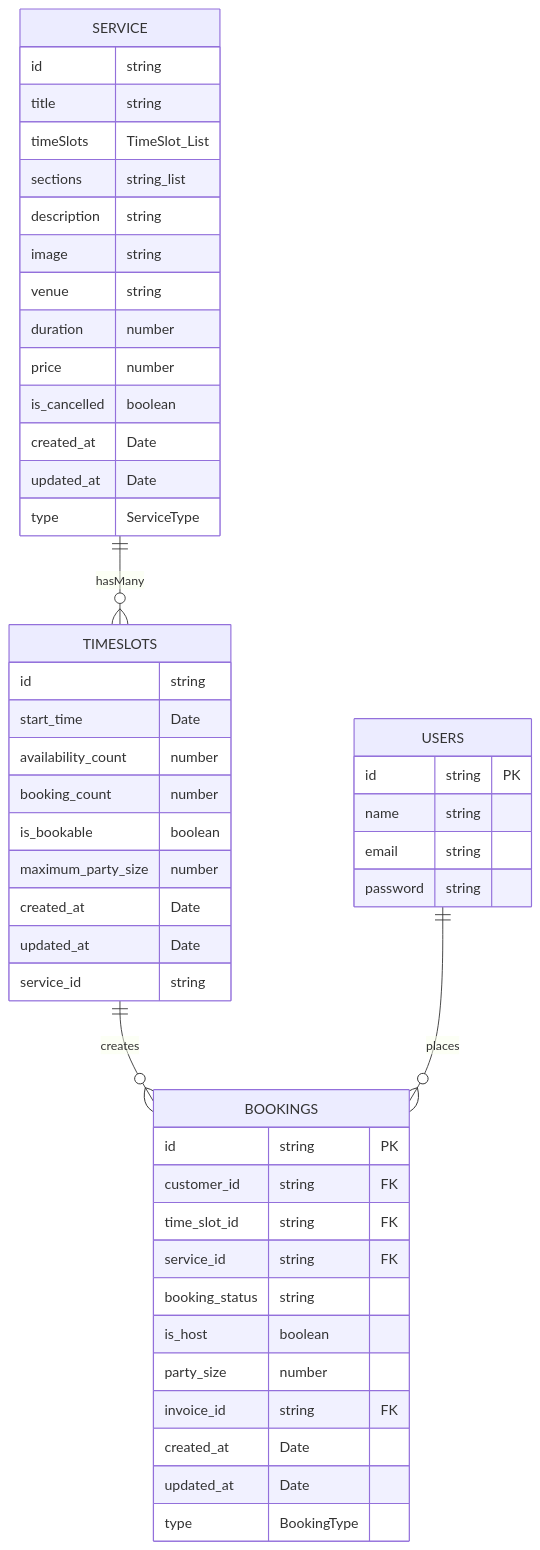
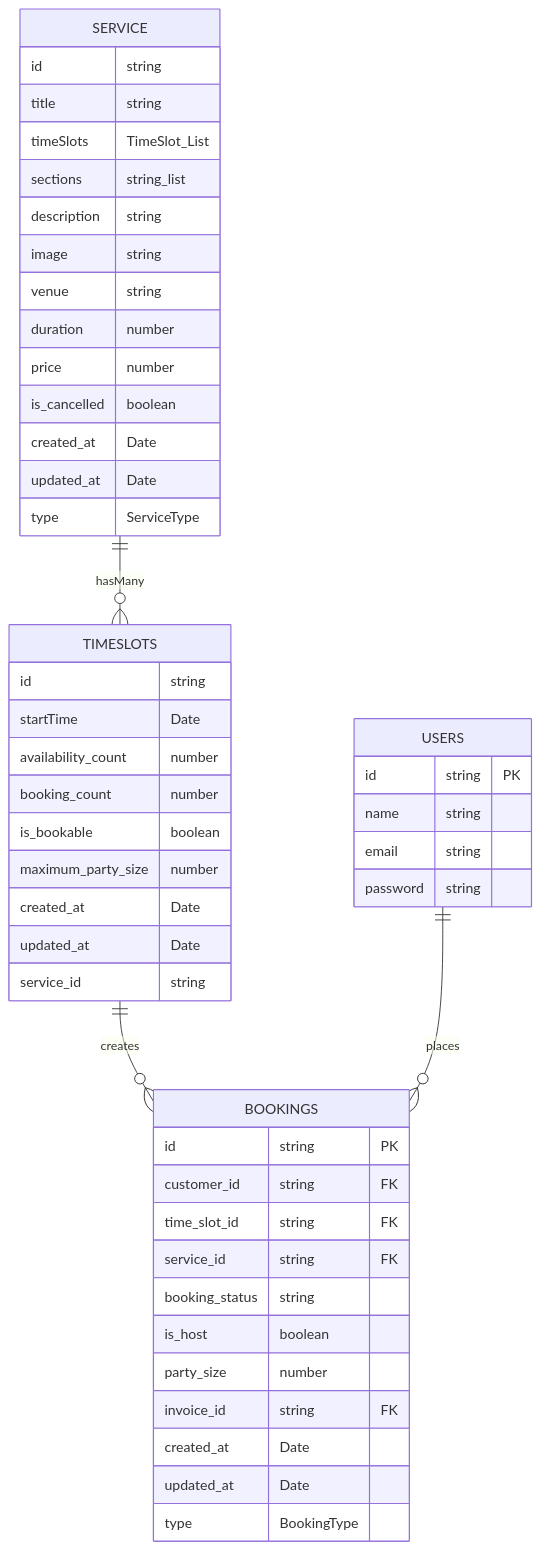
One commit to garaxer/nx-psych changed the second of 3 diagrams in apps/api/readme.md. Above: the diagram before and after it, drawn with Mermaid. The commit also changed 23 other files, not shown here.

````diff
--- a/apps/api/readme.md
+++ b/apps/api/readme.md
@@ -18,52 +18,52 @@
 ```mermaid
 erDiagram
     SERVICE ||--o{ TIMESLOTS : hasMany
     SERVICE {
         id string
         title string
         timeSlots TimeSlot_List
         sections string_list
         description string
         image string
         venue string
         duration number
         price number
         is_cancelled boolean
         created_at Date
         updated_at Date
         type ServiceType
     } 
     TIMESLOTS ||--o{ BOOKINGS : creates
     TIMESLOTS {
         id string
-        start_time Date
+        startTime Date
         availability_count number
         booking_count number
         is_bookable boolean
         maximum_party_size number
         created_at Date
         updated_at Date
         service_id string
     }
     BOOKINGS {
         id string PK
         customer_id string FK
         time_slot_id string FK
         service_id string FK
         booking_status string
         is_host boolean
         party_size number
         invoice_id string FK
         created_at Date
         updated_at Date
         type BookingType
     }
     USERS ||--o{ BOOKINGS : places
     USERS {
         id string PK
         name string
         email string
         password string
     }
 
 ```
````
